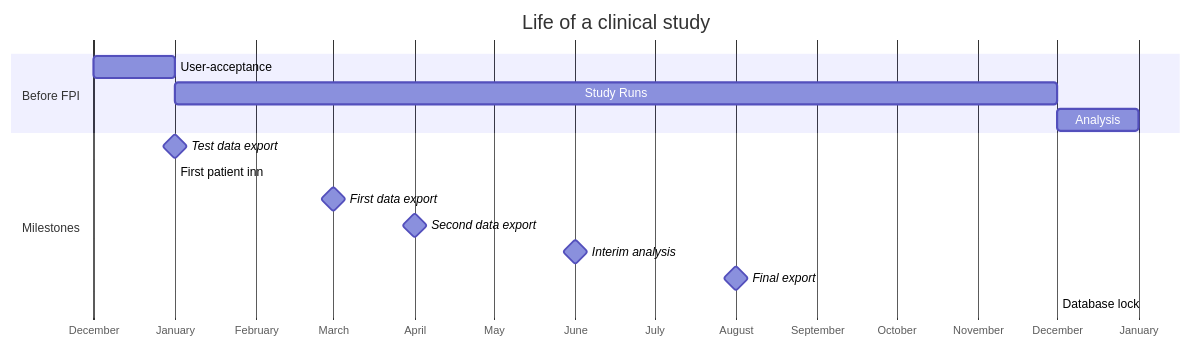
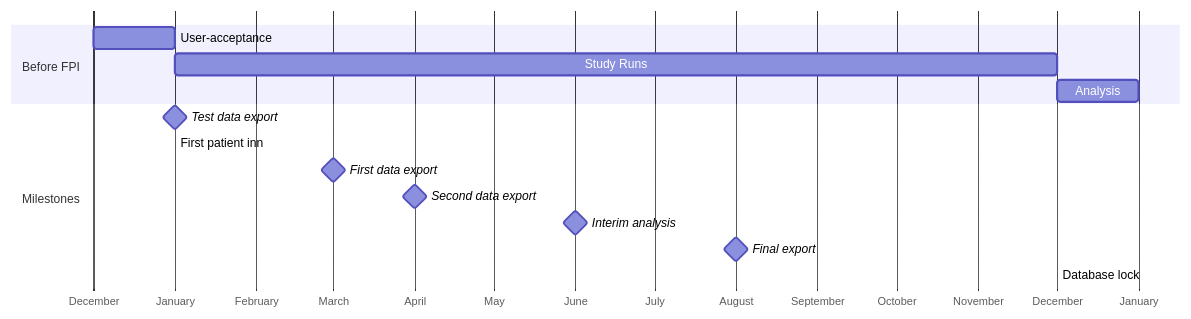
One commit to actigraph/icampam_2024_workshop changed the first of 5 diagrams in icampam.org. Above: the diagram before and after it, drawn with Mermaid. The commit also changed other lines of this file and 30 other files, not shown here.

```diff
--- a/icampam.org
+++ b/icampam.org
@@ -23,19 +67,18 @@
 #+begin_src mermaid :file ./images/life_of_studies.pdf
 gantt
-    title Life of a clinical study
     dateFormat YYYY-MM
     axisFormat %B
     section Before FPI
     User-acceptance :a1, 2023-12, 1M
     Study Runs       :a2, after a1, 11M
     Analysis         :a3, after a2, 1M
     section Milestones
     Test data export :milestone, b1, 2024-01, 0m
     First patient inn : crit, 2024-01, 0m
     First data export :milestone, b1, 2024-03, 0m
     Second data export : milestone, 2024-04, 0m
     Interim analysis :milestone, b1, 2024-06, 0m
     Final export : milestone, 2024-08, 0m
     Database lock : crit, 2024-12, 0m
 
 #+end_src
```
